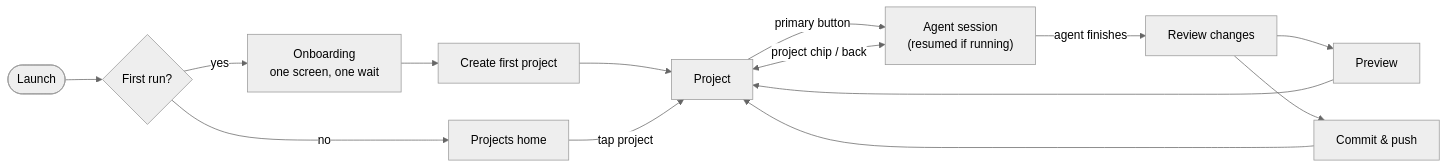
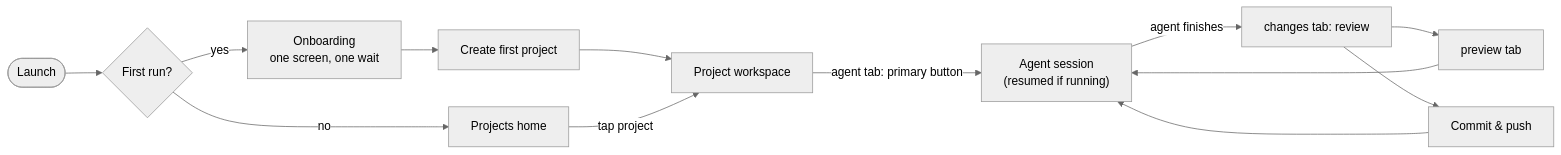
The second of 8 diagrams in docs/USERFLOW.md (arshan1019/aiterm), drawn with Mermaid (neutral theme) before and after one commit. The commit also changed other lines of this file and 21 other files, not shown here.

First line of the commit message:
Project workspace: one home per thing, one rule for back [skip ci]

````diff
--- a/docs/USERFLOW.md
+++ b/docs/USERFLOW.md
@@ -92,16 +92,15 @@
 ```mermaid
 flowchart LR
     S([Launch]) --> FR{"First run?"}
     FR -->|yes| OB["Onboarding<br/>one screen, one wait"]
     FR -->|no| H["Projects home"]
     OB --> NP["Create first project"]
     NP --> P
-    H -->|tap project| P["Project"]
-    P -->|primary button| AG["Agent session<br/>(resumed if running)"]
-    AG -->|agent finishes| RV["Review changes"]
-    RV --> PV["Preview"]
+    H -->|tap project| P["Project workspace"]
+    P -->|agent tab: primary button| AG["Agent session<br/>(resumed if running)"]
+    AG -->|agent finishes| RV["changes tab: review"]
+    RV --> PV["preview tab"]
     RV --> SH["Commit & push"]
-    SH --> P
-    PV --> P
-    AG <-->|project chip / back| P
+    SH --> AG
+    PV --> AG
 ```
````
